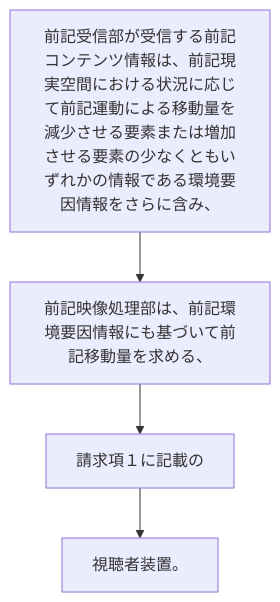
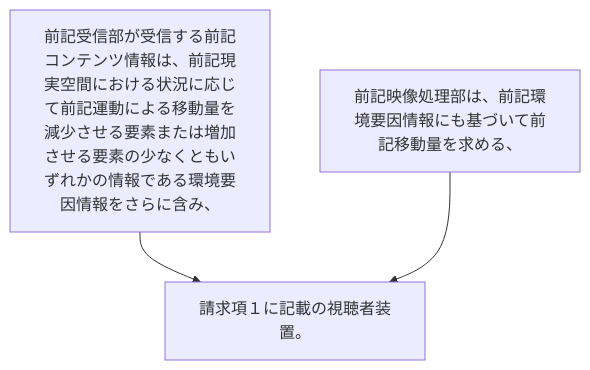
Before and after one commit to shinmori55/patent_analyzed: the diagram in 2024/JP2024015616A/claim_2/README.md, drawn with Mermaid. The commit also changed 11 other files, not shown here.

````diff
--- a/2024/JP2024015616A/claim_2/README.md
+++ b/2024/JP2024015616A/claim_2/README.md
@@ -4,10 +4,8 @@
 ```mermaid
 flowchart TD
 A[前記受信部が受信する前記コンテンツ情報は、前記現実空間における状況に応じて前記運動による移動量を減少させる要素または増加させる要素の少なくともいずれかの情報である環境要因情報をさらに含み、]
 B[前記映像処理部は、前記環境要因情報にも基づいて前記移動量を求める、]
-C[請求項１に記載の]
-D[視聴者装置。]
-A --> B
+C[請求項１に記載の視聴者装置。]
+A --> C
 B --> C
-C --> D
 ```
````
